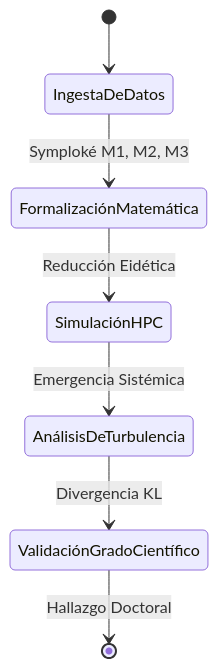
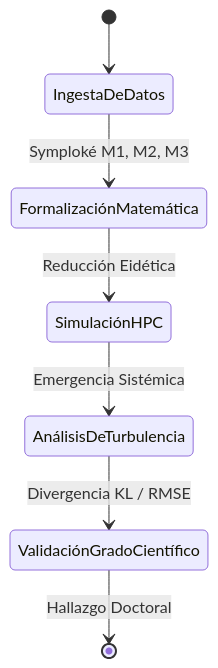
One commit to stevenvo780/FenomenologiaUrbana changed the diagram in trabajo-final-fenomenologia-urbana/02-metodologia-y-diseno-hpc.md. Above: the diagram before and after it, drawn with Mermaid. The commit also changed other lines of this file and 24 other files, not shown here.

````diff
--- a/trabajo-final-fenomenologia-urbana/02-metodologia-y-diseno-hpc.md
+++ b/trabajo-final-fenomenologia-urbana/02-metodologia-y-diseno-hpc.md
@@ -20,9 +23,9 @@
 ```mermaid
 stateDiagram-v2
     [*] --> IngestaDeDatos
     IngestaDeDatos --> FormalizaciónMatemática : Symploké M1, M2, M3
     FormalizaciónMatemática --> SimulaciónHPC : Reducción Eidética
     SimulaciónHPC --> AnálisisDeTurbulencia : Emergencia Sistémica
-    AnálisisDeTurbulencia --> ValidaciónGradoCientífico : Divergencia KL
+    AnálisisDeTurbulencia --> ValidaciónGradoCientífico : Divergencia KL / RMSE
     ValidaciónGradoCientífico --> [*] : Hallazgo Doctoral
 ```
````
